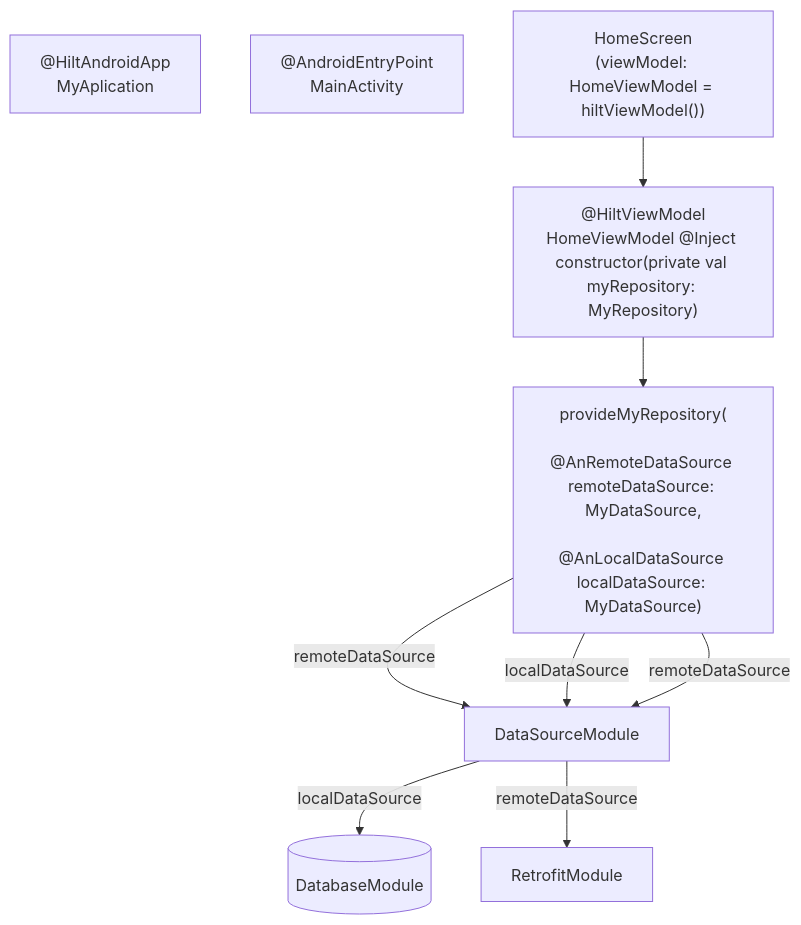
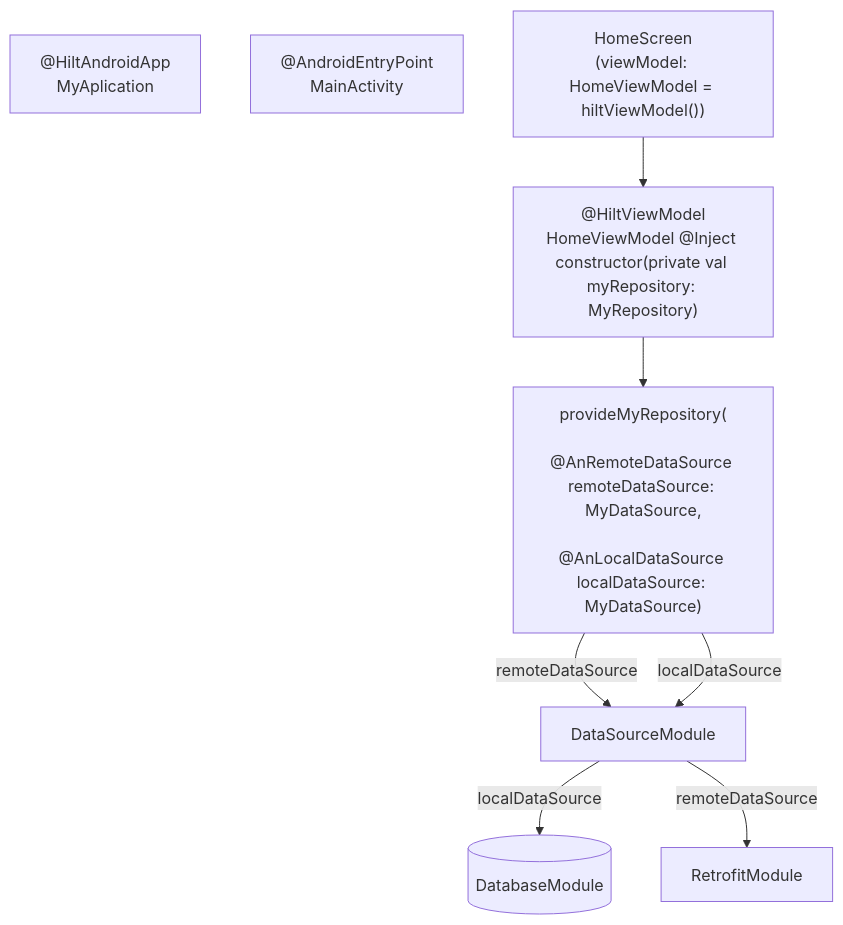
The diagram in Android/DI/Hilt/HiltComposeExample.md (Ango1eiro/MySnippets), drawn with Mermaid before and after one commit.

````diff
--- a/Android/DI/Hilt/HiltComposeExample.md
+++ b/Android/DI/Hilt/HiltComposeExample.md
@@ -3,17 +3,16 @@
 ```mermaid
 
 
 
 graph TD;
     MyApplication["@HiltAndroidApp<br>MyAplication"];
     MainActivity["@AndroidEntryPoint<br>MainActivity"];
     HomeScreen["HomeScreen<br>(viewModel: HomeViewModel = hiltViewModel())"]-->HomeViewModel;
     HomeViewModel["@HiltViewModel<br>HomeViewModel @Inject constructor(private val myRepository: MyRepository)"]-->RepositoryModule;
     RepositoryModule["provideMyRepository(
     @AnRemoteDataSource remoteDataSource: MyDataSource,
     <br>@AnLocalDataSource localDataSource: MyDataSource)"]--remoteDataSource-->DataSourceModule;
     RepositoryModule--localDataSource-->DataSourceModule;
     DataSourceModule--localDataSource-->DatabaseModule[(DatabaseModule)];
-    RepositoryModule--remoteDataSource-->DataSourceModule;
     DataSourceModule--remoteDataSource-->RetrofitModule;
 ```
````
